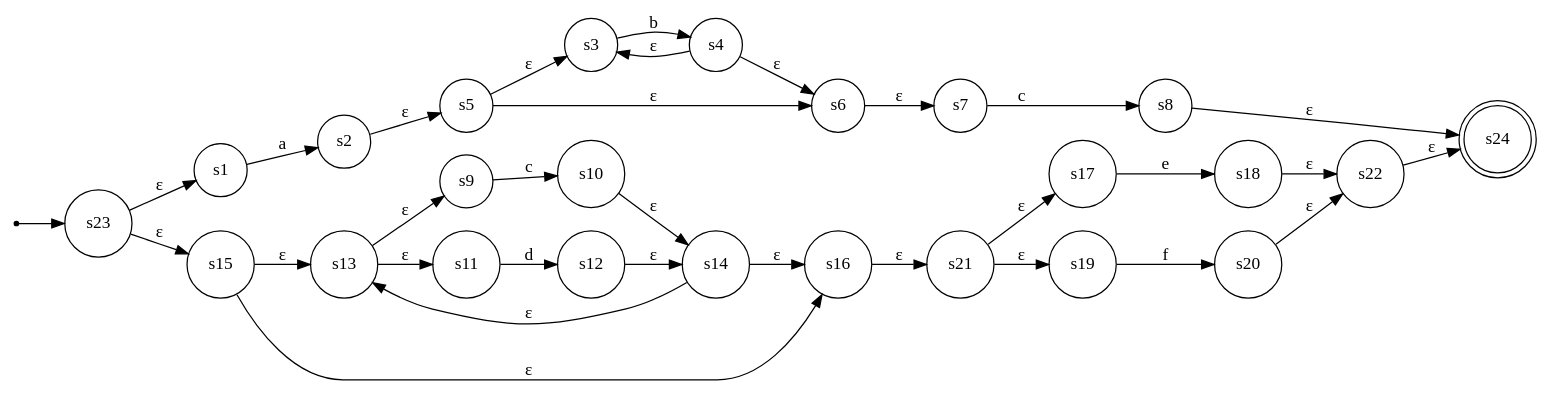
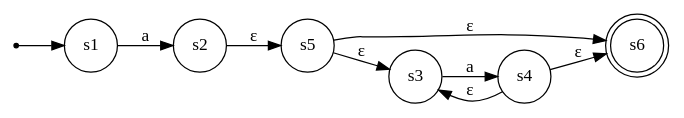
One commit to sauravatgithub-web/REGEX-to-Automata changed the diagram in dots/nfa.dot. Above: the diagram before and after it, drawn with Graphviz. The commit also changed 8 other files, not shown here.

```diff
--- a/dots/nfa.dot
+++ b/dots/nfa.dot
@@ -1,38 +1,15 @@
 digraph Automaton {
     rankdir=LR;
     node [shape=circle];
 
     __start__ [shape=point];
-    __start__ -> s23;
-    s24 [shape=doublecircle];
+    __start__ -> s1;
+    s6 [shape=doublecircle];
     s1 -> s2 [label="a"];
-    s3 -> s4 [label="b"];
+    s3 -> s4 [label="a"];
     s5 -> s6 [label="ε"];
     s5 -> s3 [label="ε"];
     s4 -> s6 [label="ε"];
     s4 -> s3 [label="ε"];
     s2 -> s5 [label="ε"];
-    s7 -> s8 [label="c"];
-    s6 -> s7 [label="ε"];
-    s9 -> s10 [label="c"];
-    s11 -> s12 [label="d"];
-    s13 -> s9 [label="ε"];
-    s13 -> s11 [label="ε"];
-    s10 -> s14 [label="ε"];
-    s12 -> s14 [label="ε"];
-    s15 -> s16 [label="ε"];
-    s15 -> s13 [label="ε"];
-    s14 -> s16 [label="ε"];
-    s14 -> s13 [label="ε"];
-    s17 -> s18 [label="e"];
-    s19 -> s20 [label="f"];
-    s21 -> s17 [label="ε"];
-    s21 -> s19 [label="ε"];
-    s18 -> s22 [label="ε"];
-    s20 -> s22 [label="ε"];
-    s16 -> s21 [label="ε"];
-    s23 -> s1 [label="ε"];
-    s23 -> s15 [label="ε"];
-    s8 -> s24 [label="ε"];
-    s22 -> s24 [label="ε"];
 }
```
